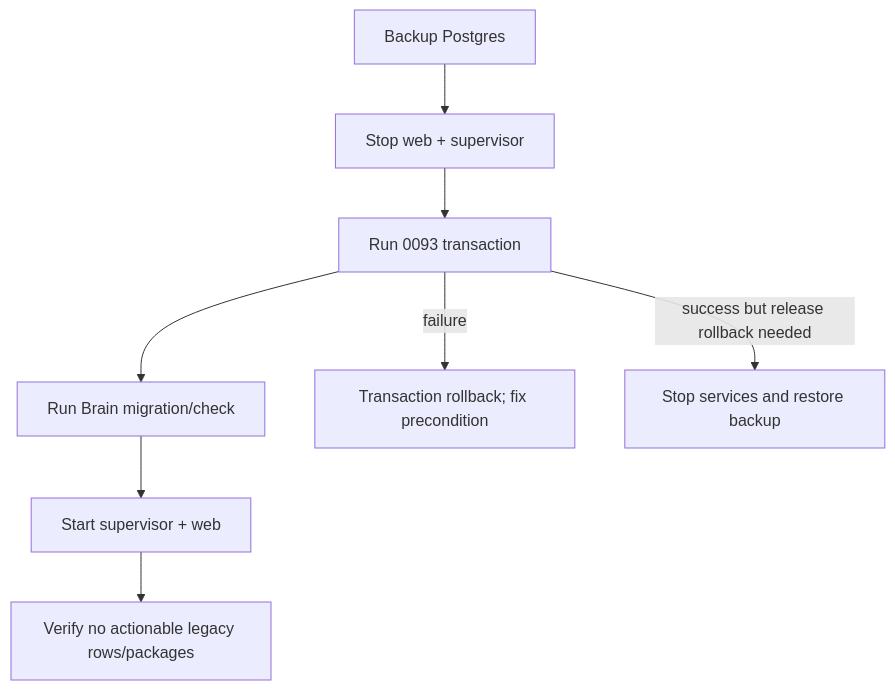
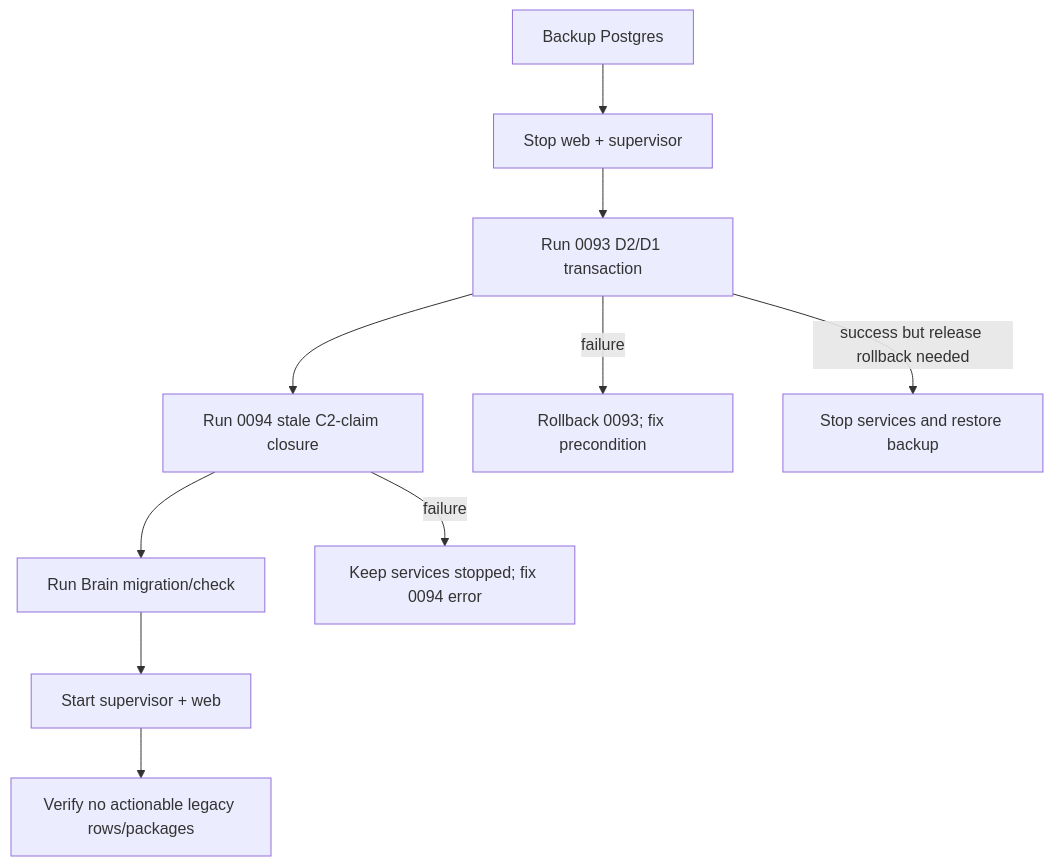
The fourth of 4 diagrams in .ai-factory/specs/feature-postgres-graph-only-cutover.md (maister-dev/maister), drawn with Mermaid before and after one commit. The commit also changed other lines of this file and 34 other files, not shown here.

````diff
--- a/.ai-factory/specs/feature-postgres-graph-only-cutover.md
+++ b/.ai-factory/specs/feature-postgres-graph-only-cutover.md
@@ -180,10 +217,12 @@
 ```mermaid
 flowchart TD
   B["Backup Postgres"] --> S["Stop web + supervisor"]
-  S --> Q["Run 0093 transaction"]
-  Q --> N["Run Brain migration/check"]
+  S --> Q["Run 0093 D2/D1 transaction"]
+  Q --> C["Run 0094 stale C2-claim closure"]
+  C --> N["Run Brain migration/check"]
   N --> R["Start supervisor + web"]
   R --> V["Verify no actionable legacy rows/packages"]
-  Q -->|failure| T["Transaction rollback; fix precondition"]
+  Q -->|failure| T["Rollback 0093; fix precondition"]
+  C -->|failure| U["Keep services stopped; fix 0094 error"]
   Q -->|success but release rollback needed| Z["Stop services and restore backup"]
 ```
````
